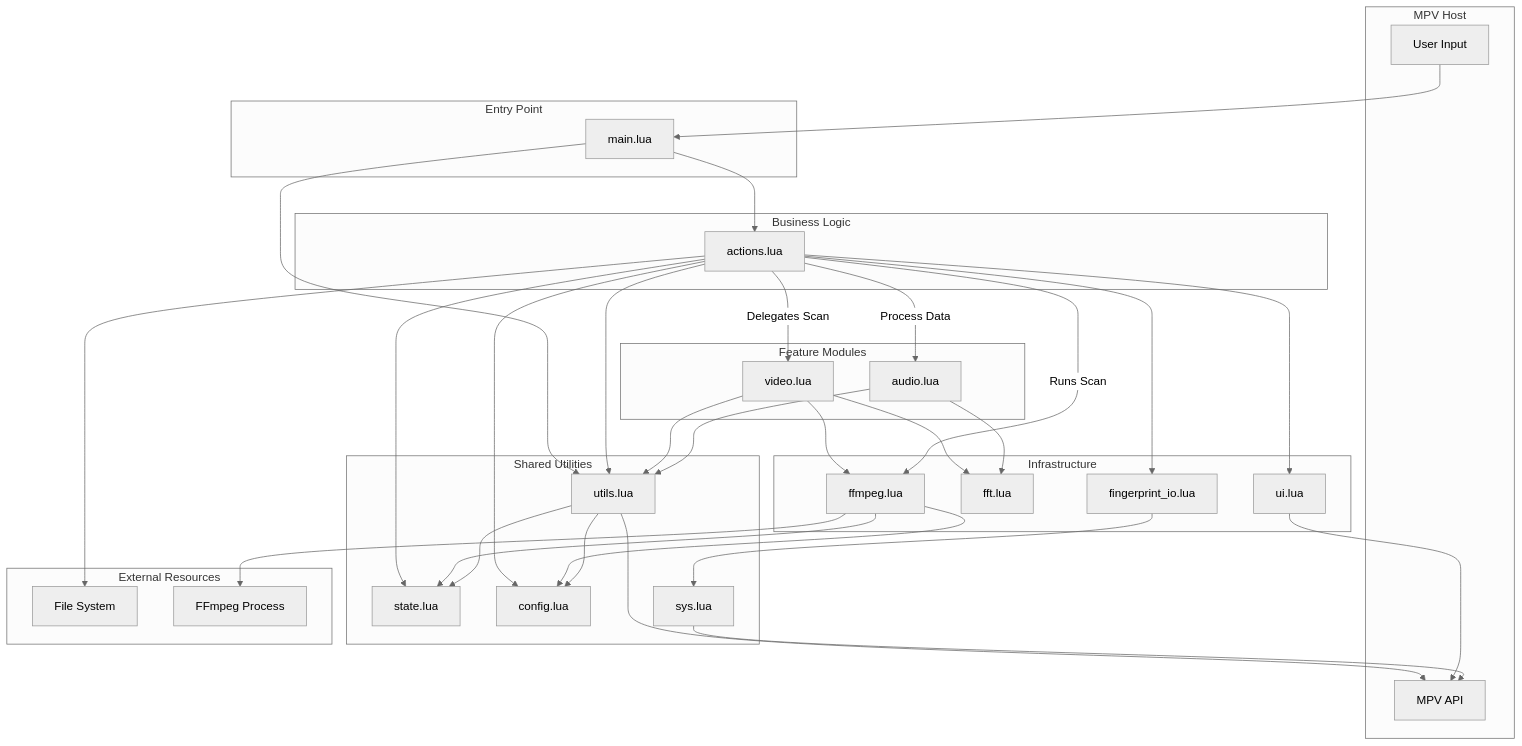
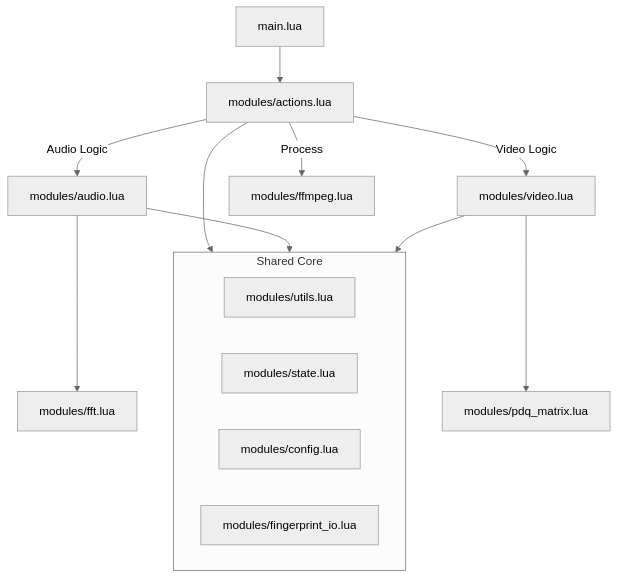
Before and after one commit to jjangsangy/intro-fingerprint: the diagram in memory-bank/systemPatterns.md, drawn with Mermaid (neutral theme). The commit also changed other lines of this file and 5 other files, not shown here.

````diff
--- a/memory-bank/systemPatterns.md
+++ b/memory-bank/systemPatterns.md
@@ -6,77 +6,21 @@
 ```mermaid
 flowchart TD
-    subgraph Host [MPV Host]
-        Input[User Input]
-        API[MPV API]
+    Main[main.lua] --> Actions[modules/actions.lua]
+    Actions -->|Audio Logic| Audio[modules/audio.lua]
+    Actions -->|Video Logic| Video[modules/video.lua]
+    Actions -->|Process| FFmpeg[modules/ffmpeg.lua]
+
+    Audio --> FFT[modules/fft.lua]
+    Video --> Matrix[modules/pdq_matrix.lua]
+
+    subgraph Core [Shared Core]
+        Utils[modules/utils.lua]
+        State[modules/state.lua]
+        Config[modules/config.lua]
+        IO[modules/fingerprint_io.lua]
     end
 
-    subgraph Entry [Entry Point]
-        Main[main.lua]
-    end
-
-    subgraph Logic [Business Logic]
-        Actions[actions.lua]
-    end
-
-    subgraph Features [Feature Modules]
-        Video[video.lua]
-        Audio[audio.lua]
-    end
-
-    subgraph Infra [Infrastructure]
-        FFmpeg[ffmpeg.lua]
-        FFT[fft.lua]
-        UI[ui.lua]
-        FPIO[fingerprint_io.lua]
-    end
-
-    subgraph Shared [Shared Utilities]
-        Utils[utils.lua]
-        State[state.lua]
-        Config[config.lua]
-        Sys[sys.lua]
-    end
-
-    subgraph External [External Resources]
-        FS[File System]
-        Proc[FFmpeg Process]
-    end
-
-    %% Main Entry
-    Input --> Main
-    Main --> Actions
-    Main --> Utils
-
-    %% Actions Orchestration
-    Actions --> UI
-    Actions --> State
-    Actions --> Config
-    Actions --> Utils
-    Actions --> FPIO
-    Actions --> FS
-
-    %% Video Scan Logic (Encapsulated)
-    Actions -->|Delegates Scan| Video
-    Video --> FFmpeg
-    Video --> FFT
-    Video --> Utils
-
-    %% Audio Scan Logic (Orchestrated)
-    Actions -->|Runs Scan| FFmpeg
-    Actions -->|Process Data| Audio
-    Audio --> FFT
-    Audio --> Utils
-
-    %% FFmpeg Execution
-    FFmpeg --> State
-    FFmpeg --> Config
-    FFmpeg --> Proc
-
-    %% Shared Deps
-    Utils --> State
-    Utils --> Config
-    Utils --> API
-    UI --> API
-    FPIO --> Sys
-    Sys --> API
+    Actions --> Core
+    Audio --> Core
+    Video --> Core
 ```
````
